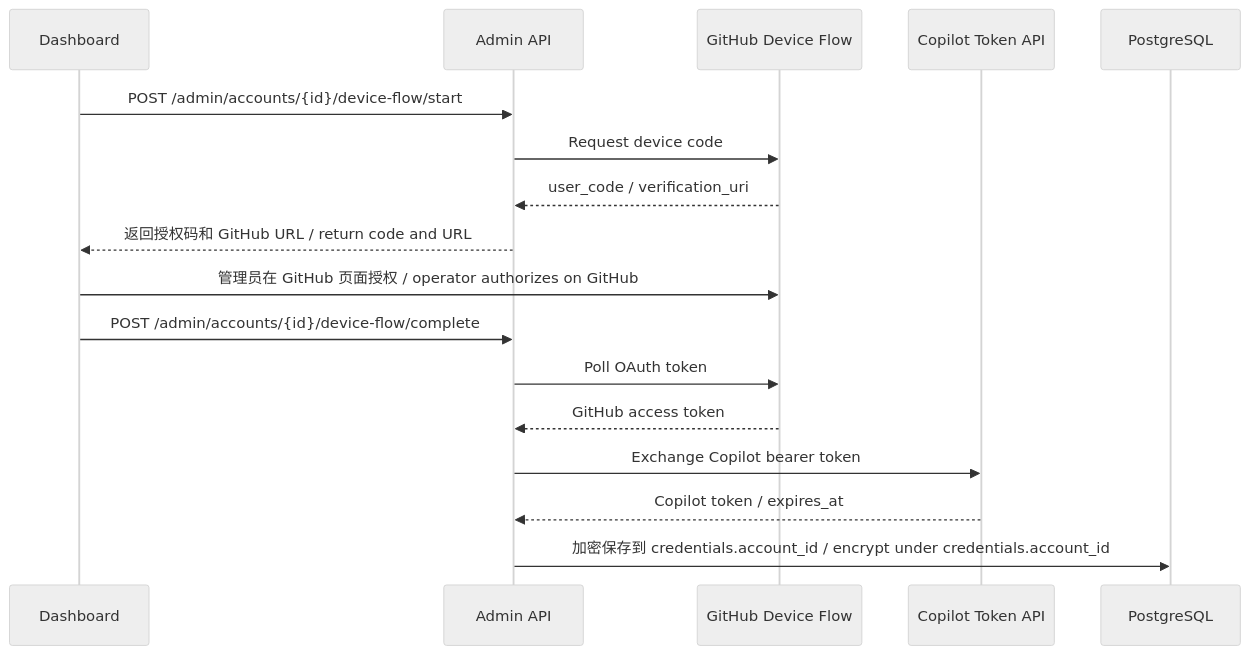
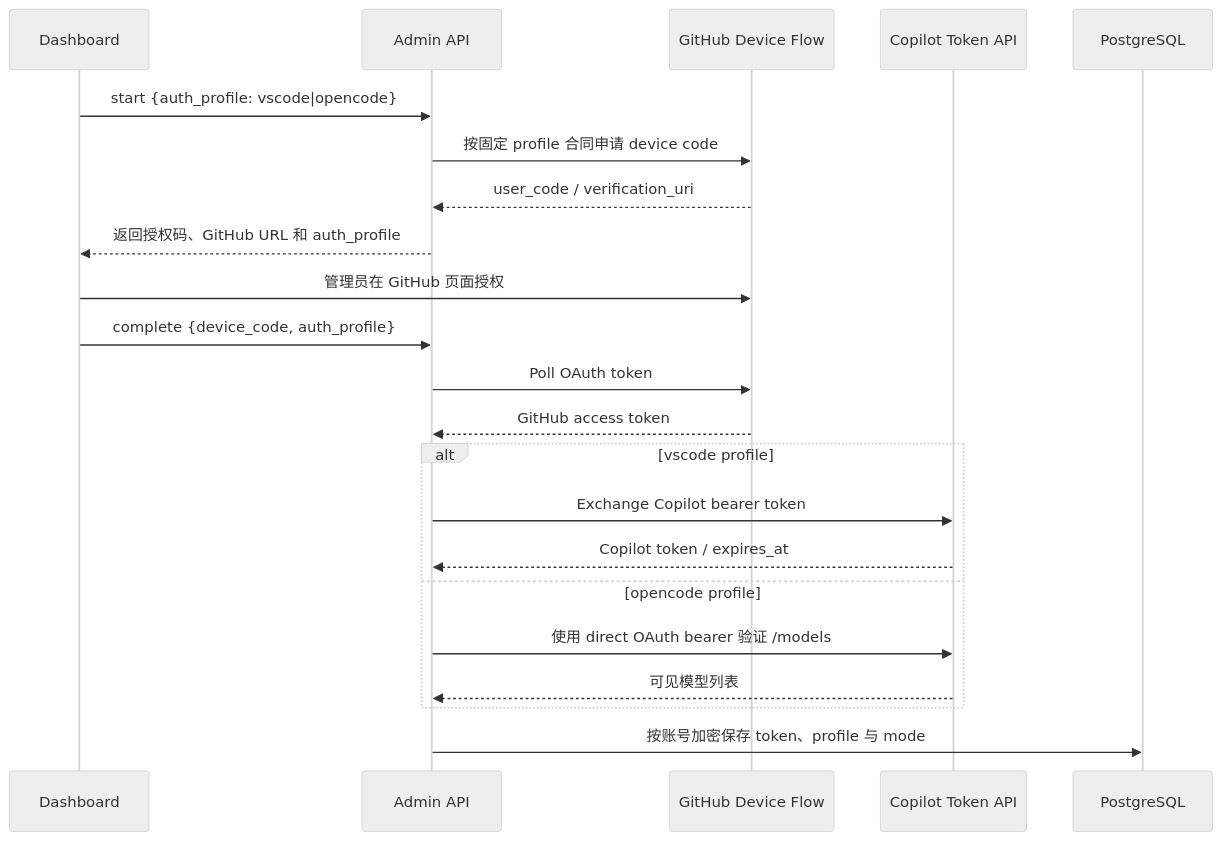
The fifth of 10 diagrams in docs/operations.zh.md (pczhao1210/ghcp-pool-proxy), drawn with Mermaid (neutral theme) before and after one commit. The commit also changed other lines of this file and 9 other files, not shown here.

````diff
--- a/docs/operations.zh.md
+++ b/docs/operations.zh.md
@@ -447,20 +448,25 @@
 ```mermaid
 sequenceDiagram
   participant D as Dashboard
   participant A as Admin API
   participant G as GitHub Device Flow
   participant C as Copilot Token API
   participant P as PostgreSQL
 
-  D->>A: POST /admin/accounts/{id}/device-flow/start
-  A->>G: Request device code
+  D->>A: start {auth_profile: vscode|opencode}
+  A->>G: 按固定 profile 合同申请 device code
   G-->>A: user_code / verification_uri
-  A-->>D: 返回授权码和 GitHub URL / return code and URL
-  D->>G: 管理员在 GitHub 页面授权 / operator authorizes on GitHub
-  D->>A: POST /admin/accounts/{id}/device-flow/complete
+  A-->>D: 返回授权码、GitHub URL 和 auth_profile
+  D->>G: 管理员在 GitHub 页面授权
+  D->>A: complete {device_code, auth_profile}
   A->>G: Poll OAuth token
   G-->>A: GitHub access token
-  A->>C: Exchange Copilot bearer token
-  C-->>A: Copilot token / expires_at
-  A->>P: 加密保存到 credentials.account_id / encrypt under credentials.account_id
+  alt vscode profile
+    A->>C: Exchange Copilot bearer token
+    C-->>A: Copilot token / expires_at
+  else opencode profile
+    A->>C: 使用 direct OAuth bearer 验证 /models
+    C-->>A: 可见模型列表
+  end
+  A->>P: 按账号加密保存 token、profile 与 mode
 ```
````
